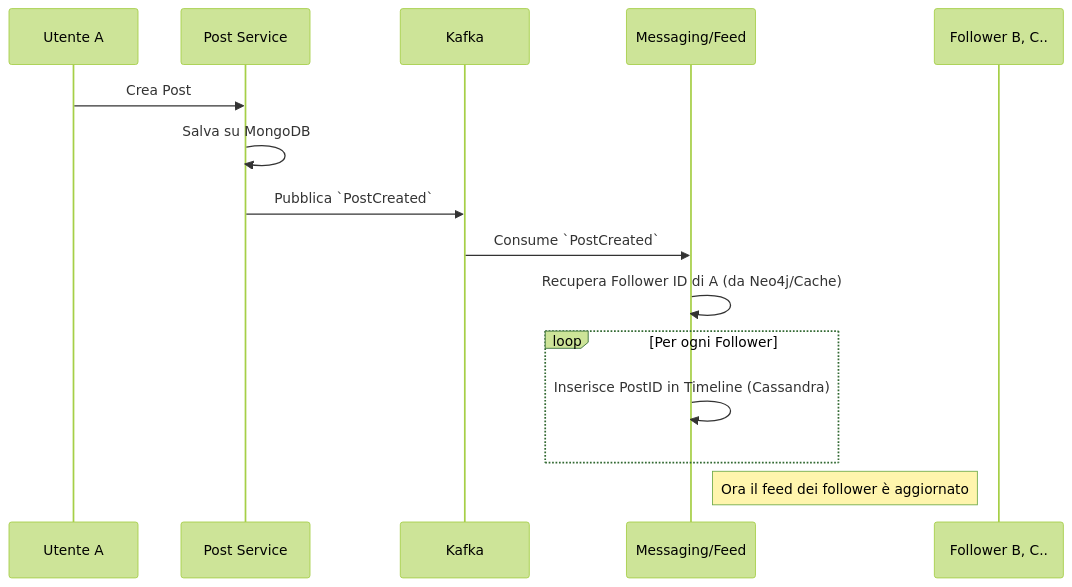
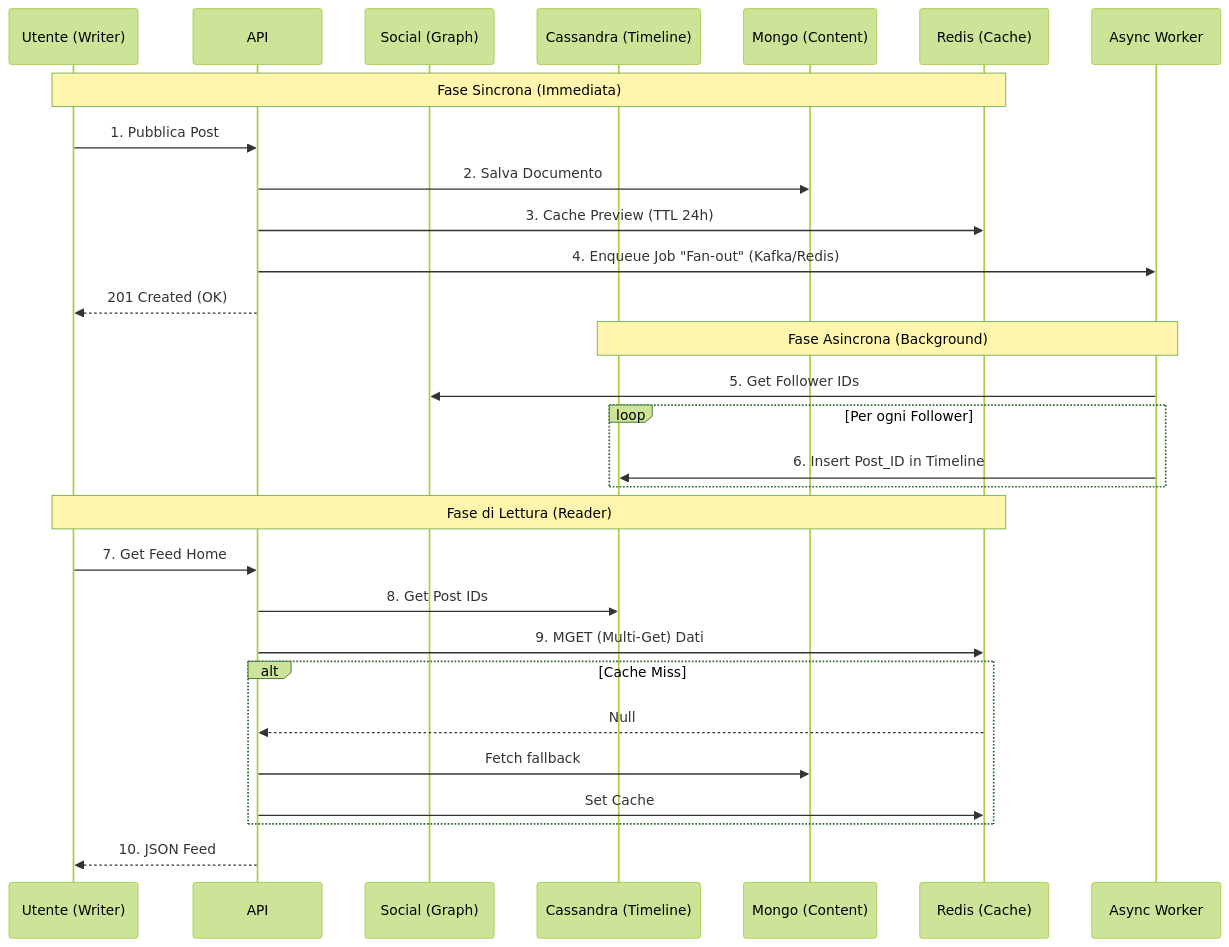
One commit to daubog44/progetto changed the second of 4 diagrams in frontend/docs/src/project/data-flow.md. Above: the diagram before and after it, drawn with Mermaid (forest theme). The commit also changed other lines of this file and 7 other files, not shown here.

````diff
--- a/frontend/docs/src/project/data-flow.md
+++ b/frontend/docs/src/project/data-flow.md
@@ -53,21 +64,34 @@
 ```mermaid
 sequenceDiagram
-    participant User as Utente A
-    participant Post as Post Service
-    participant Kafka
-    participant Msg as Messaging/Feed
-    participant Followers as Follower B, C..
+    participant User as Utente (Writer)
+    participant API
+    participant Neo4j as Social (Graph)
+    participant Cass as Cassandra (Timeline)
+    participant Mongo as Mongo (Content)
+    participant Redis as Redis (Cache)
+    participant Worker as Async Worker
 
-    User->>Post: Crea Post
-    Post->>Post: Salva su MongoDB
-    Post->>Kafka: Pubblica `PostCreated`
+    Note over User, Redis: Fase Sincrona (Immediata)
+    User->>API: 1. Pubblica Post
+    API->>Mongo: 2. Salva Documento
+    API->>Redis: 3. Cache Preview (TTL 24h)
+    API->>Worker: 4. Enqueue Job "Fan-out" (Kafka/Redis)
+    API-->>User: 201 Created (OK)
 
-    Kafka->>Msg: Consume `PostCreated`
-    Msg->>Msg: Recupera Follower ID di A (da Neo4j/Cache)
-
+    Note over Worker, Cass: Fase Asincrona (Background)
+    Worker->>Neo4j: 5. Get Follower IDs
     loop Per ogni Follower
-        Msg->>Msg: Inserisce PostID in Timeline (Cassandra)
+        Worker->>Cass: 6. Insert Post_ID in Timeline
     end
 
-    Note right of Msg: Ora il feed dei follower è aggiornato
+    Note over User, Redis: Fase di Lettura (Reader)
+    User->>API: 7. Get Feed Home
+    API->>Cass: 8. Get Post IDs
+    API->>Redis: 9. MGET (Multi-Get) Dati
+    alt Cache Miss
+        Redis-->>API: Null
+        API->>Mongo: Fetch fallback
+        API->>Redis: Set Cache
+    end
+    API-->>User: 10. JSON Feed
 ```
````
